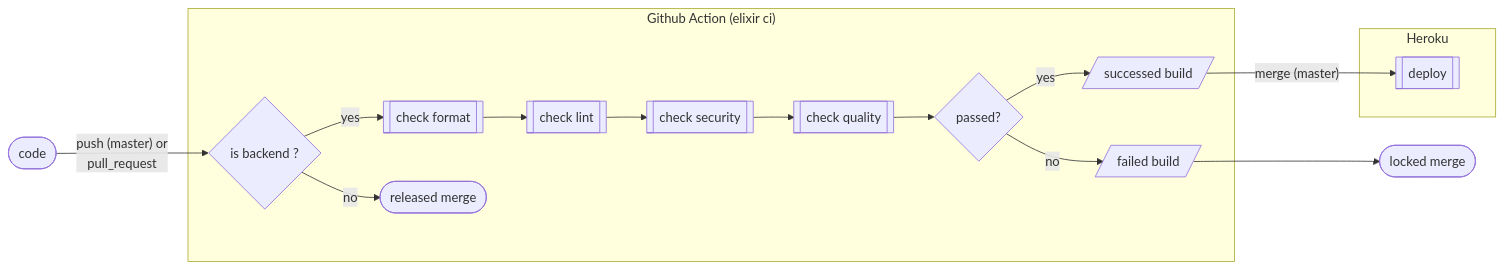
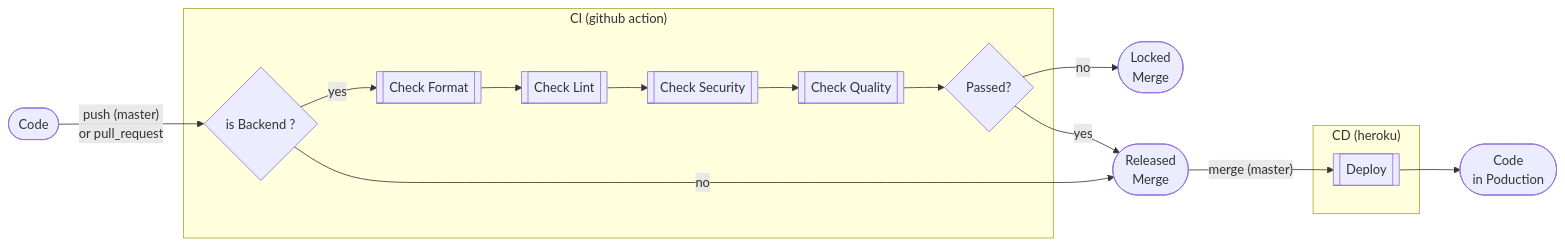
Before and after one commit to raulpe7eira/backend-exercise: the fifth of 5 diagrams in backend/README.md, drawn with Mermaid. The commit also changed other lines of this file, not shown here.

Commit message:
docs(backend): update 'readme'

````diff
--- a/backend/README.md
+++ b/backend/README.md
@@ -216,23 +216,24 @@
 ```mermaid
 graph LR
-    A([code]) -->|"push (master) or <br/> pull_request"| B{is backend ?}
+    A([Code]) -->|"push (master)<br/>or pull_request"| B{is Backend ?}
 
-    subgraph "Github Action (elixir ci)"
-    B -->|yes| E[[check format]]
-    E --> F[[check lint]]
-    F --> H[[check security]]
-    H --> I[[check quality]]
-    I --> J{passed?}
-
-    B -->|no| D([released merge])
-    J --> |no| L[/failed build/]
-    J --> |yes| N[/successed build/]
+    subgraph "CI (github action)"
+    B -->|yes| C[[Check Format]]
+    C --> D[[Check Lint]]
+    D --> E[[Check Security]]
+    E --> F[[Check Quality]]
+    F --> G{Passed?}
     end
 
-    L --> M([locked merge])
-    N --> |"merge (master)"| O
+    G --> |no| H(["Locked<br/>Merge"])
 
-    subgraph Heroku
-    O[[deploy]]
+    G --> |yes| I(["Released<br/>Merge"])
+    B -->|no| I
+    I --> |"merge (master)"| K
+
+    subgraph "CD (heroku)"
+    K[[Deploy]]
     end
+
+    K --> L(["Code<br/>in Poduction"])
 ```
````
